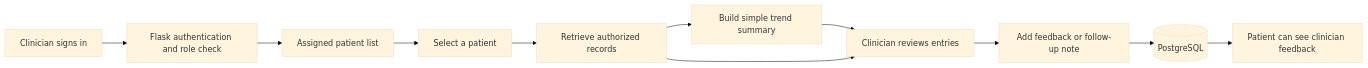
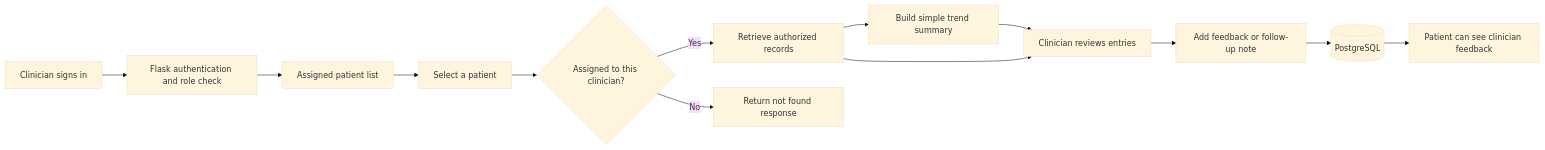
One commit to R-gitonga/AfyaGlyco changed the fourth of 7 diagrams in docs/system-tutorials.md. Above: the diagram before and after it, drawn with Mermaid (base theme). The commit also changed other lines of this file and 38 other files, not shown here.

````diff
--- a/docs/system-tutorials.md
+++ b/docs/system-tutorials.md
@@ -84,19 +110,22 @@
 ```mermaid
 flowchart LR
     Clinician[Clinician signs in]
     Auth[Flask authentication and role check]
     List[Assigned patient list]
     Select[Select a patient]
+    Assignment{Assigned to this clinician?}
     Records[Retrieve authorized records]
     Trend[Build simple trend summary]
     Review[Clinician reviews entries]
     Note[Add feedback or follow-up note]
     Store[(PostgreSQL)]
     PatientView[Patient can see clinician feedback]
 
-    Clinician --> Auth --> List --> Select --> Records
+    Clinician --> Auth --> List --> Select --> Assignment
+    Assignment -->|Yes| Records
+    Assignment -->|No| Denied[Return not found response]
     Records --> Trend --> Review
     Records --> Review
     Review --> Note --> Store
     Store --> PatientView
 ```
````
